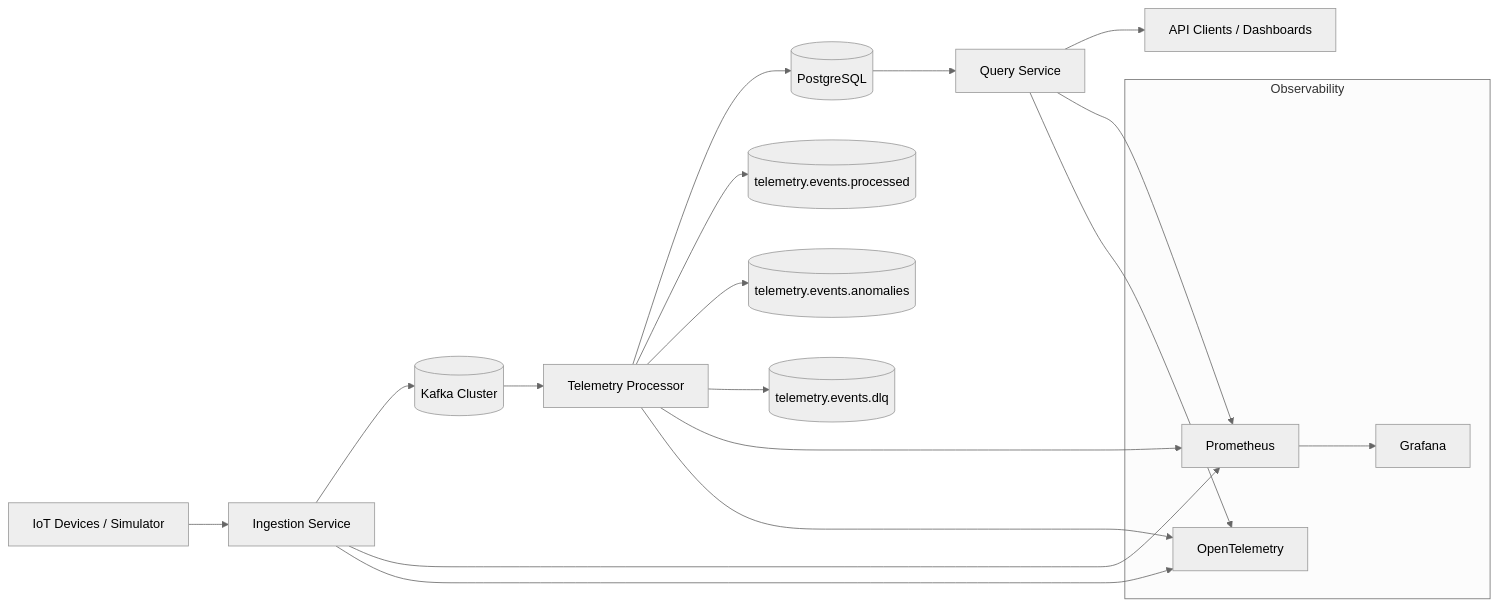
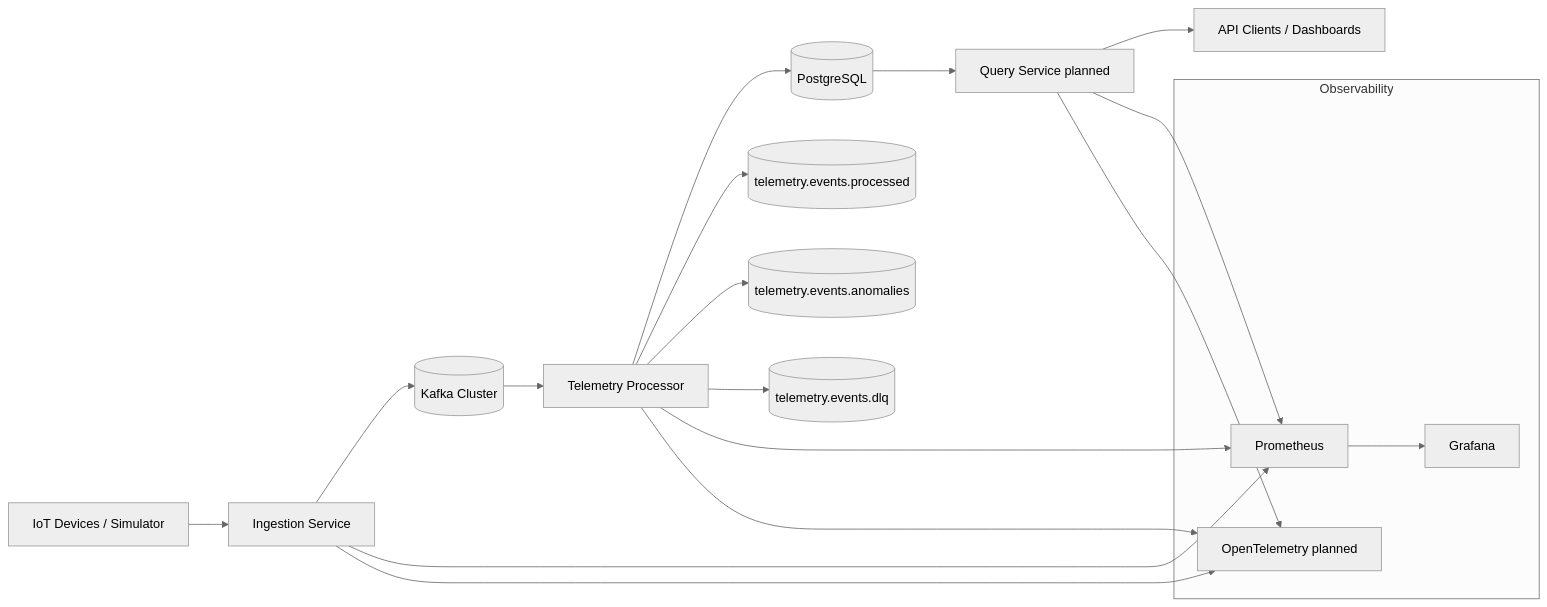
One commit to ME-Massine/pulsestream changed the diagram in README.md. Above: the diagram before and after it, drawn with Mermaid (neutral theme). The commit also changed other lines of this file and 15 other files, not shown here.

````diff
--- a/README.md
+++ b/README.md
@@ -23,30 +23,30 @@
 ```mermaid
 flowchart LR
     A[IoT Devices / Simulator] --> B[Ingestion Service]
     B --> C[(Kafka Cluster)]
 
     C --> D[Telemetry Processor]
     D --> E[(PostgreSQL)]
-    E --> F[Query Service]
+    E --> F[Query Service planned]
     F --> G[API Clients / Dashboards]
 
     D --> H[(telemetry.events.processed)]
     D --> I[(telemetry.events.anomalies)]
     D --> J[(telemetry.events.dlq)]
 
     subgraph Observability
         K[Prometheus]
         L[Grafana]
-        M[OpenTelemetry]
+        M[OpenTelemetry planned]
     end
 
     B --> K
     D --> K
     F --> K
 
     B --> M
     D --> M
     F --> M
 
     K --> L
 ```
````
